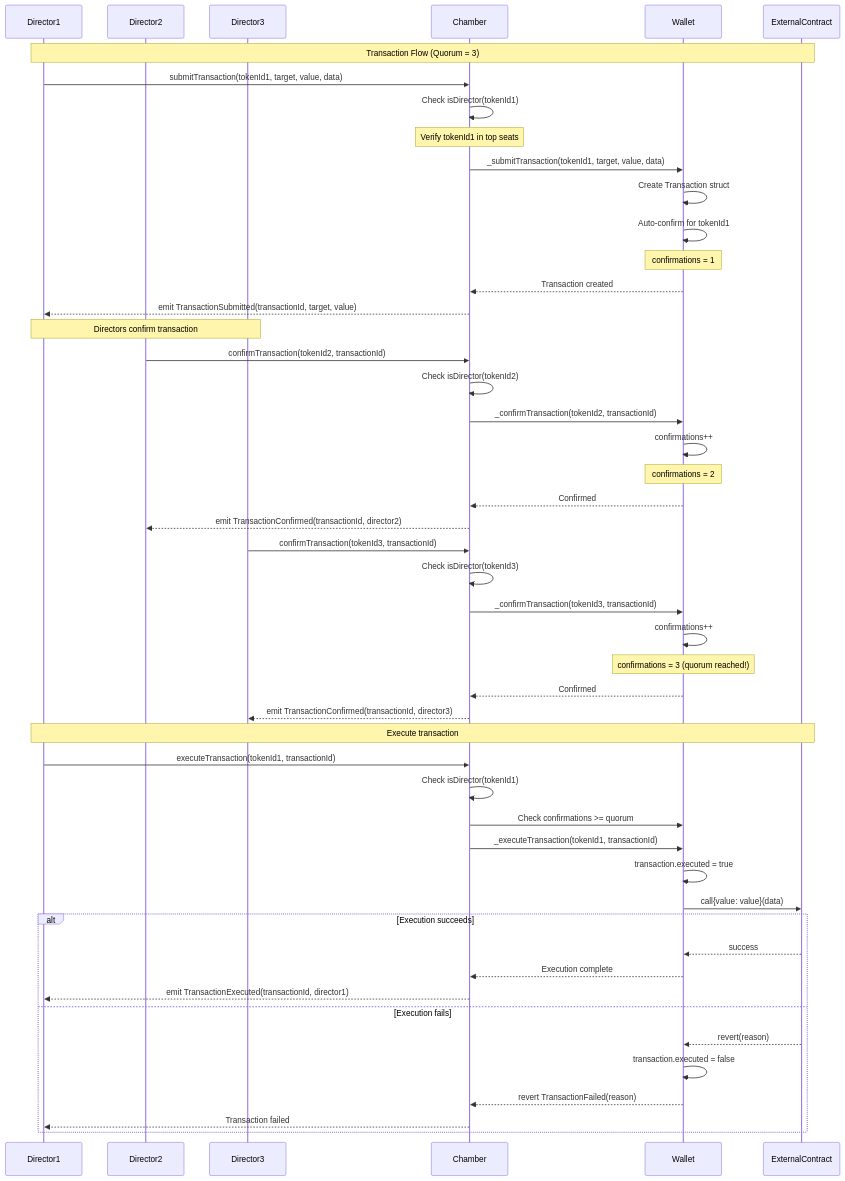
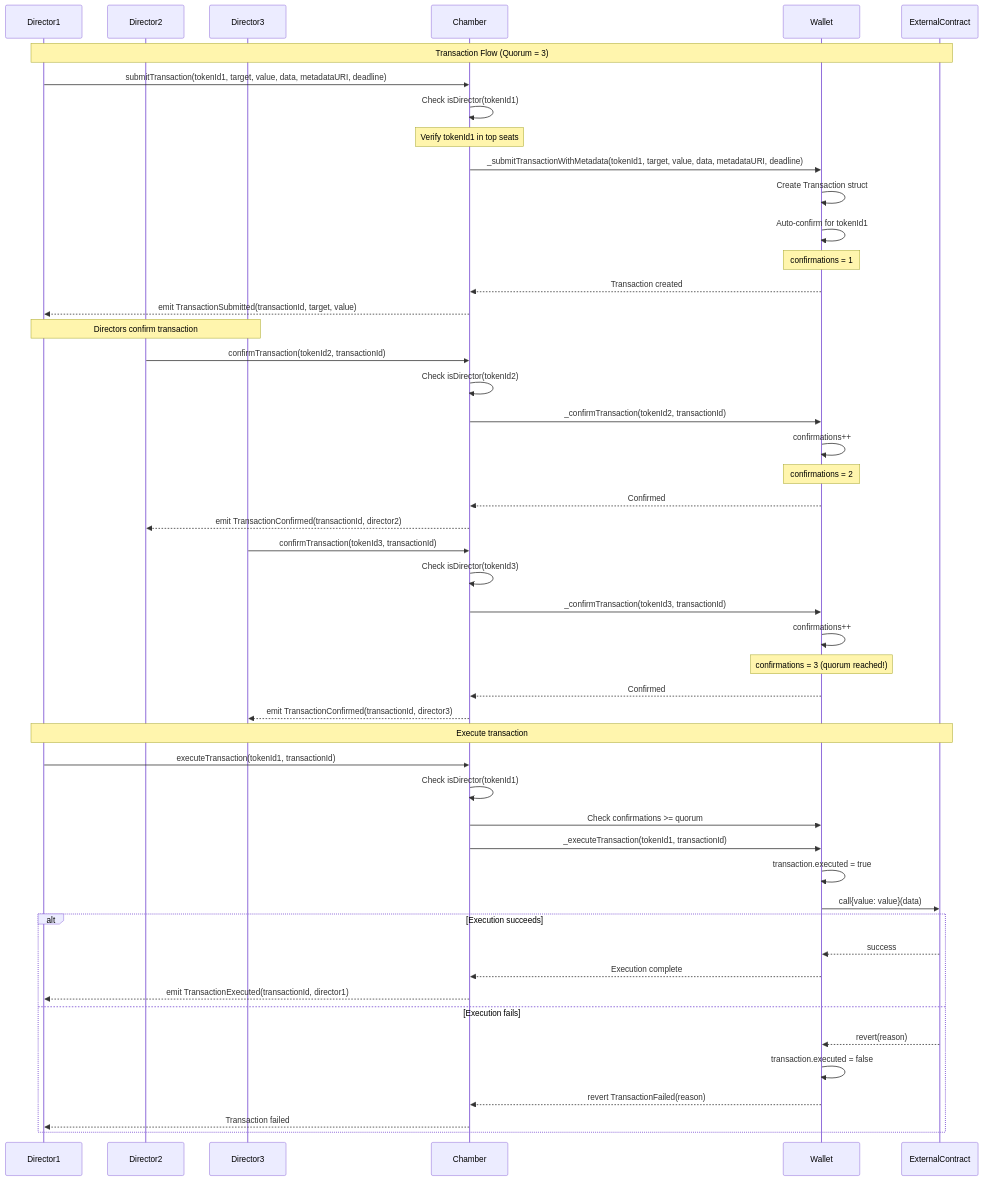
The sixth of 11 diagrams in docs/reference/sequence-diagrams.md (loreum-org/chamber), drawn with Mermaid before and after one commit. The commit also changed other lines of this file and 145 other files, not shown here.

First line of the commit message:
Chamber 1.3.0: cut session keys, extra submit functions and migration code (#400)

````diff
--- a/docs/reference/sequence-diagrams.md
+++ b/docs/reference/sequence-diagrams.md
@@ -320,66 +320,66 @@
 ```mermaid
 sequenceDiagram
     participant Director1
     participant Director2
     participant Director3
     participant Chamber
     participant Wallet
     participant ExternalContract
 
     Note over Director1,ExternalContract: Transaction Flow (Quorum = 3)
 
-    Director1->>Chamber: submitTransaction(tokenId1, target, value, data)
+    Director1->>Chamber: submitTransaction(tokenId1, target, value, data, metadataURI, deadline)
     
     Chamber->>Chamber: Check isDirector(tokenId1)
     Note over Chamber: Verify tokenId1 in top seats
     
-    Chamber->>Wallet: _submitTransaction(tokenId1, target, value, data)
+    Chamber->>Wallet: _submitTransactionWithMetadata(tokenId1, target, value, data, metadataURI, deadline)
     
     Wallet->>Wallet: Create Transaction struct
     Wallet->>Wallet: Auto-confirm for tokenId1
     Note over Wallet: confirmations = 1
     
     Wallet-->>Chamber: Transaction created
     Chamber-->>Director1: emit TransactionSubmitted(transactionId, target, value)
     
     Note over Director1,Director3: Directors confirm transaction
     
     Director2->>Chamber: confirmTransaction(tokenId2, transactionId)
     Chamber->>Chamber: Check isDirector(tokenId2)
     Chamber->>Wallet: _confirmTransaction(tokenId2, transactionId)
     Wallet->>Wallet: confirmations++
     Note over Wallet: confirmations = 2
     Wallet-->>Chamber: Confirmed
     Chamber-->>Director2: emit TransactionConfirmed(transactionId, director2)
     
     Director3->>Chamber: confirmTransaction(tokenId3, transactionId)
     Chamber->>Chamber: Check isDirector(tokenId3)
     Chamber->>Wallet: _confirmTransaction(tokenId3, transactionId)
     Wallet->>Wallet: confirmations++
     Note over Wallet: confirmations = 3 (quorum reached!)
     Wallet-->>Chamber: Confirmed
     Chamber-->>Director3: emit TransactionConfirmed(transactionId, director3)
     
     Note over Director1,ExternalContract: Execute transaction
     
     Director1->>Chamber: executeTransaction(tokenId1, transactionId)
     
     Chamber->>Chamber: Check isDirector(tokenId1)
     Chamber->>Wallet: Check confirmations >= quorum
     
     Chamber->>Wallet: _executeTransaction(tokenId1, transactionId)
     
     Wallet->>Wallet: transaction.executed = true
     Wallet->>ExternalContract: call{value: value}(data)
     
     alt Execution succeeds
         ExternalContract-->>Wallet: success
         Wallet-->>Chamber: Execution complete
         Chamber-->>Director1: emit TransactionExecuted(transactionId, director1)
     else Execution fails
         ExternalContract-->>Wallet: revert(reason)
         Wallet->>Wallet: transaction.executed = false
         Wallet-->>Chamber: revert TransactionFailed(reason)
         Chamber-->>Director1: Transaction failed
     end
 ```
````
